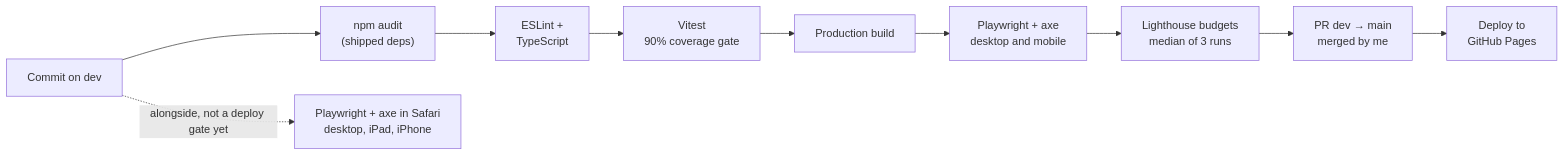
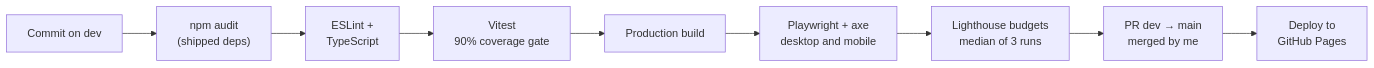
Before and after one commit to SzymonRojek/homepage: the second of 4 diagrams in README.md, drawn with Mermaid. The commit also changed other lines of this file and 3 other files, not shown here.

Commit message:
run the safari tests every two months and by hand, not on every push

````diff
--- a/README.md
+++ b/README.md
@@ -61,12 +61,11 @@
 ```mermaid
 flowchart LR
   commit["Commit on dev"] --> audit["npm audit<br/>(shipped deps)"]
   audit --> lint["ESLint +<br/>TypeScript"]
   lint --> unit["Vitest<br/>90% coverage gate"]
   unit --> build["Production build"]
   build --> e2e["Playwright + axe<br/>desktop and mobile"]
-  commit -. "alongside, not a deploy gate yet" .-> safari["Playwright + axe in Safari<br/>desktop, iPad, iPhone"]
   e2e --> lh["Lighthouse budgets<br/>median of 3 runs"]
   lh --> pr["PR dev → main<br/>merged by me"]
   pr --> deploy["Deploy to<br/>GitHub Pages"]
 ```
````
